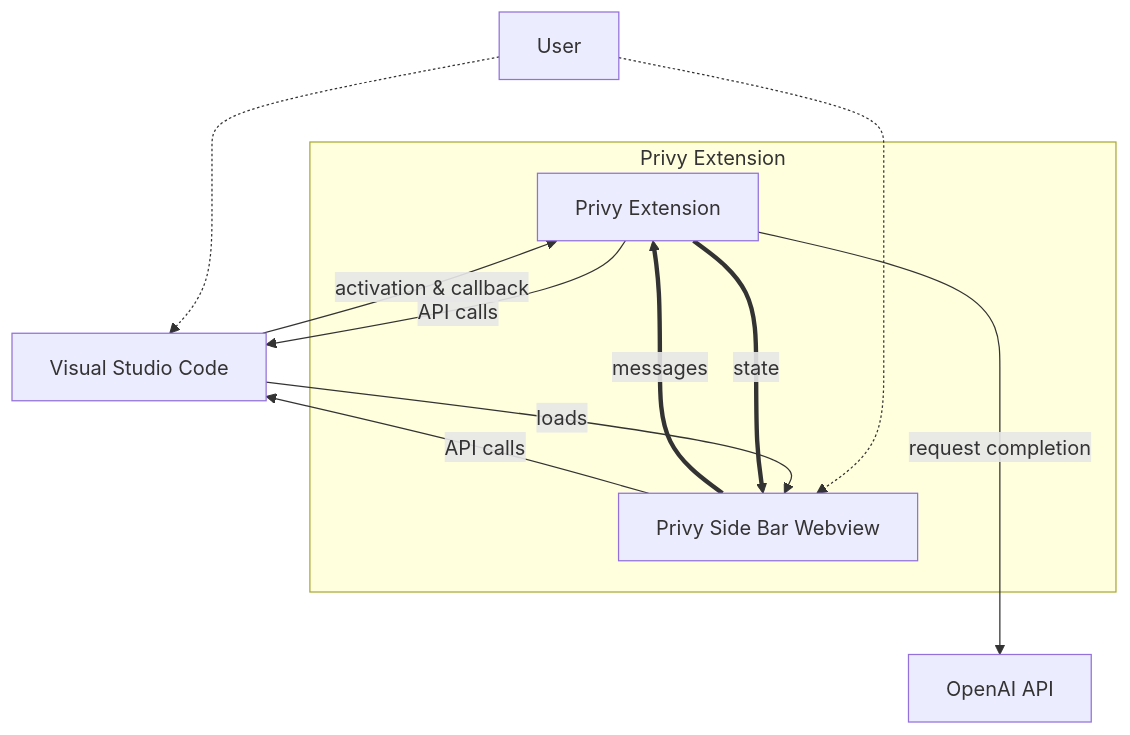
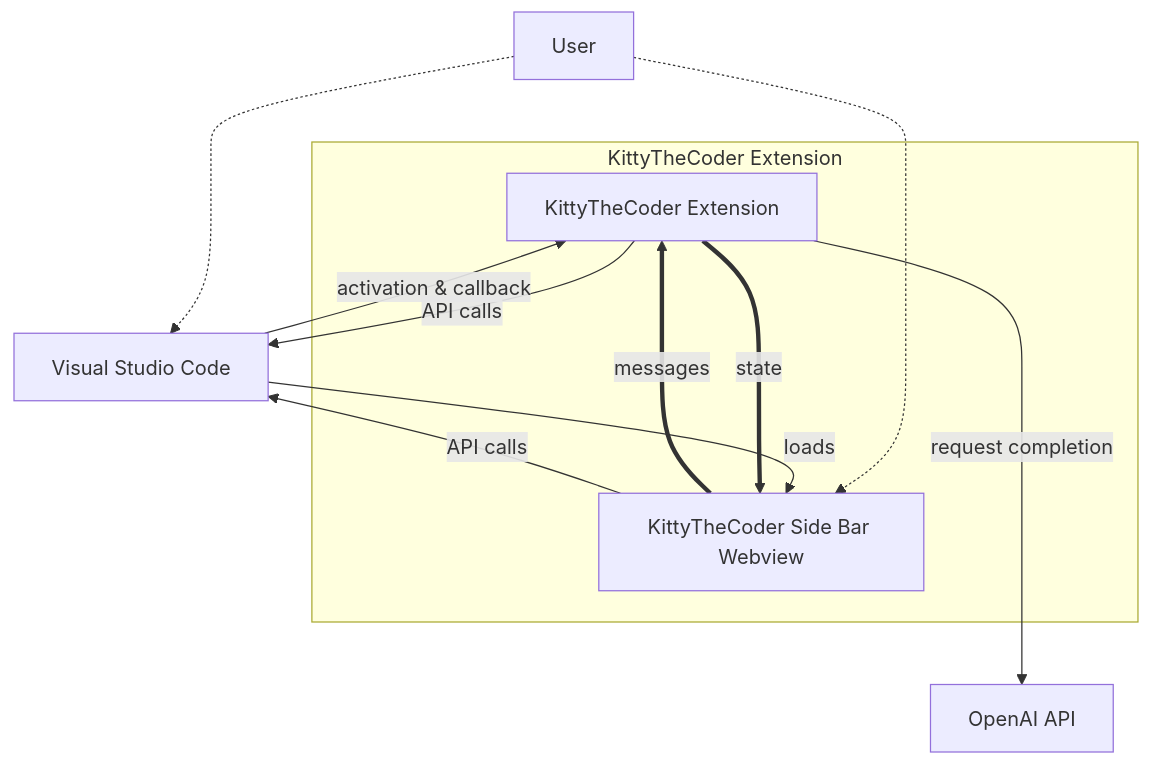
The diagram in doc/architecture.md (mi4uu/vscode-kittycoder), drawn with Mermaid before and after one commit. The commit also changed other lines of this file and 32 other files, not shown here.

````diff
--- a/doc/architecture.md
+++ b/doc/architecture.md
@@ -12,23 +12,23 @@
 ```mermaid
 graph TD
-subgraph Privy Extension
-  A[Privy Extension]
-  B[Privy Side Bar Webview]
+subgraph KittyTheCoder Extension
+  A[KittyTheCoder Extension]
+  B[KittyTheCoder Side Bar Webview]
 end
 C[OpenAI API]
 D[Visual Studio Code]
 E[User]
 
 E -.-> B
 E -..-> D
 
 D --activation & callback--> A
 A --API calls-->D
 D --loads-->B
 
 A ==state==> B
 B ==messages==> A
 B --API calls--> D
 
 A --request completion----> C
 ```
````
